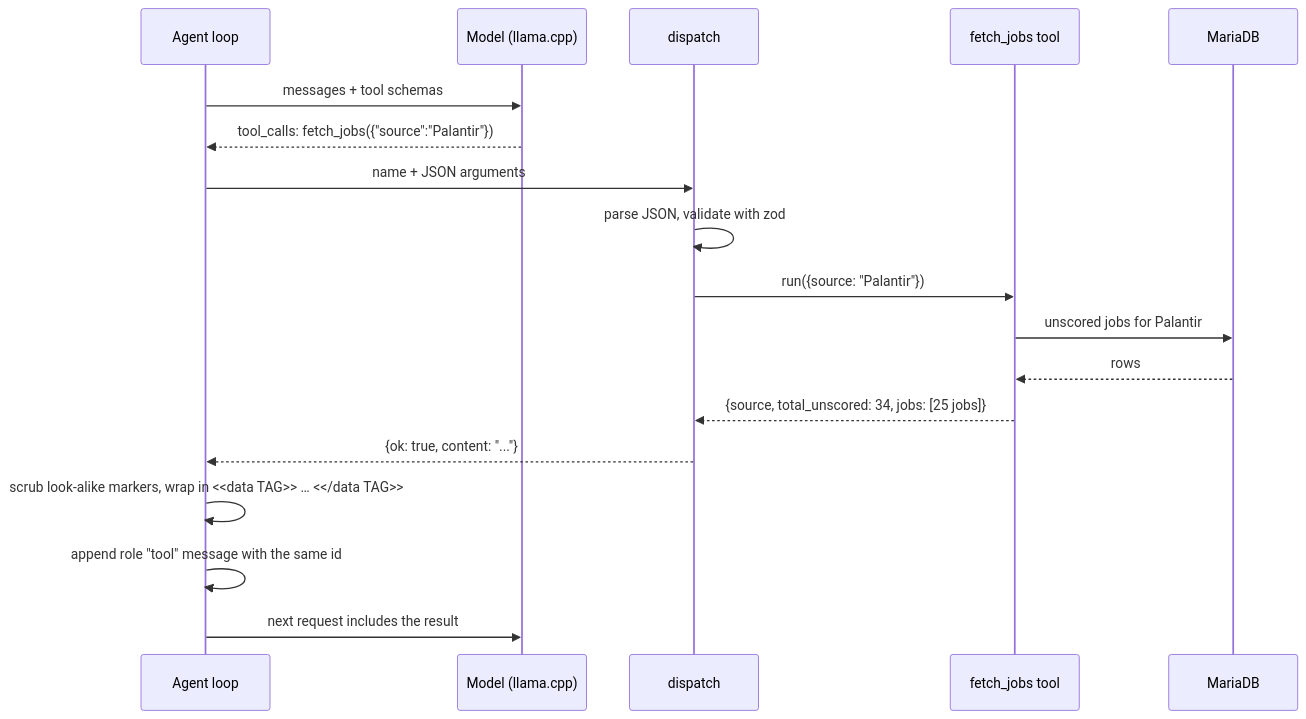
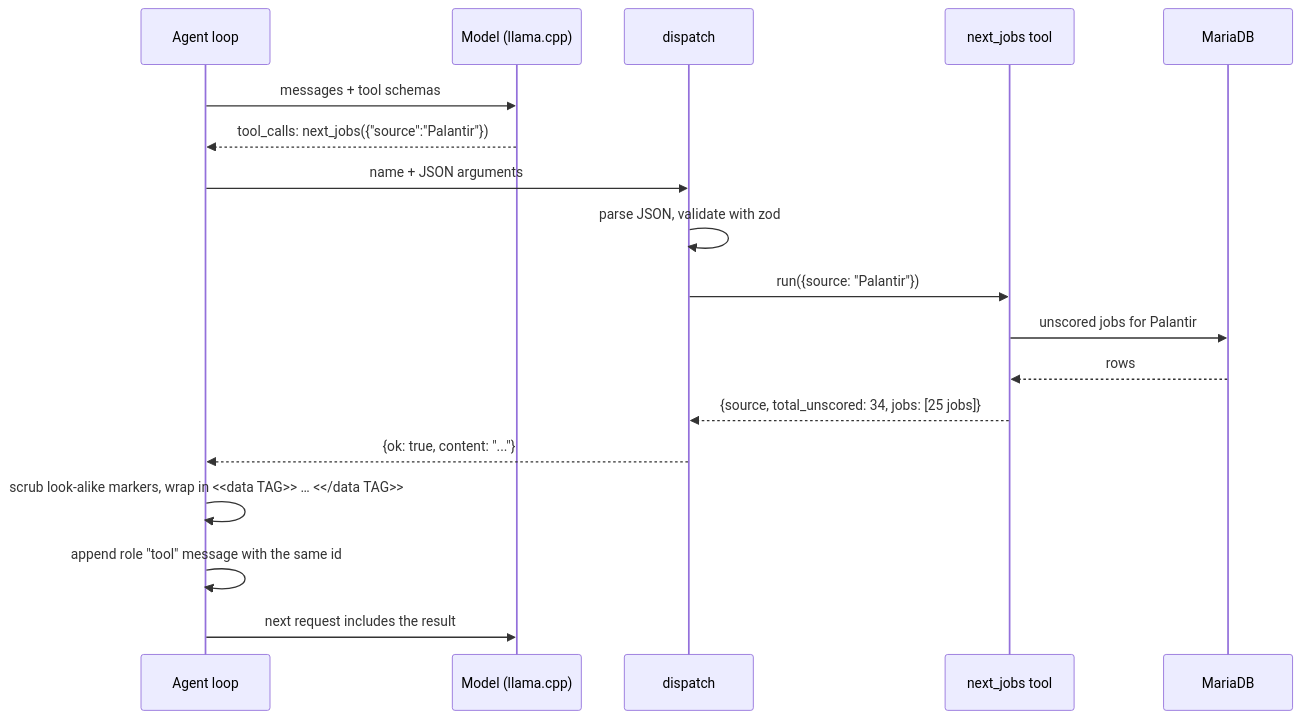
The third of 7 diagrams in README.md (risingfish/myjobbot), drawn with Mermaid before and after one commit. The commit also changed other lines of this file and 2 other files, not shown here.

````diff
--- a/README.md
+++ b/README.md
@@ -474,21 +513,21 @@
 ```mermaid
 sequenceDiagram
     participant L as Agent loop
     participant M as Model (llama.cpp)
     participant D as dispatch
-    participant T as fetch_jobs tool
+    participant T as next_jobs tool
     participant DB as MariaDB
 
     L->>M: messages + tool schemas
-    M-->>L: tool_calls: fetch_jobs({"source":"Palantir"})
+    M-->>L: tool_calls: next_jobs({"source":"Palantir"})
     L->>D: name + JSON arguments
     D->>D: parse JSON, validate with zod
     D->>T: run({source: "Palantir"})
     T->>DB: unscored jobs for Palantir
     DB-->>T: rows
     T-->>D: {source, total_unscored: 34, jobs: [25 jobs]}
     D-->>L: {ok: true, content: "..."}
     L->>L: scrub look-alike markers, wrap in <<data TAG>> … <</data TAG>>
     L->>L: append role "tool" message with the same id
     L->>M: next request includes the result
 ```
````
